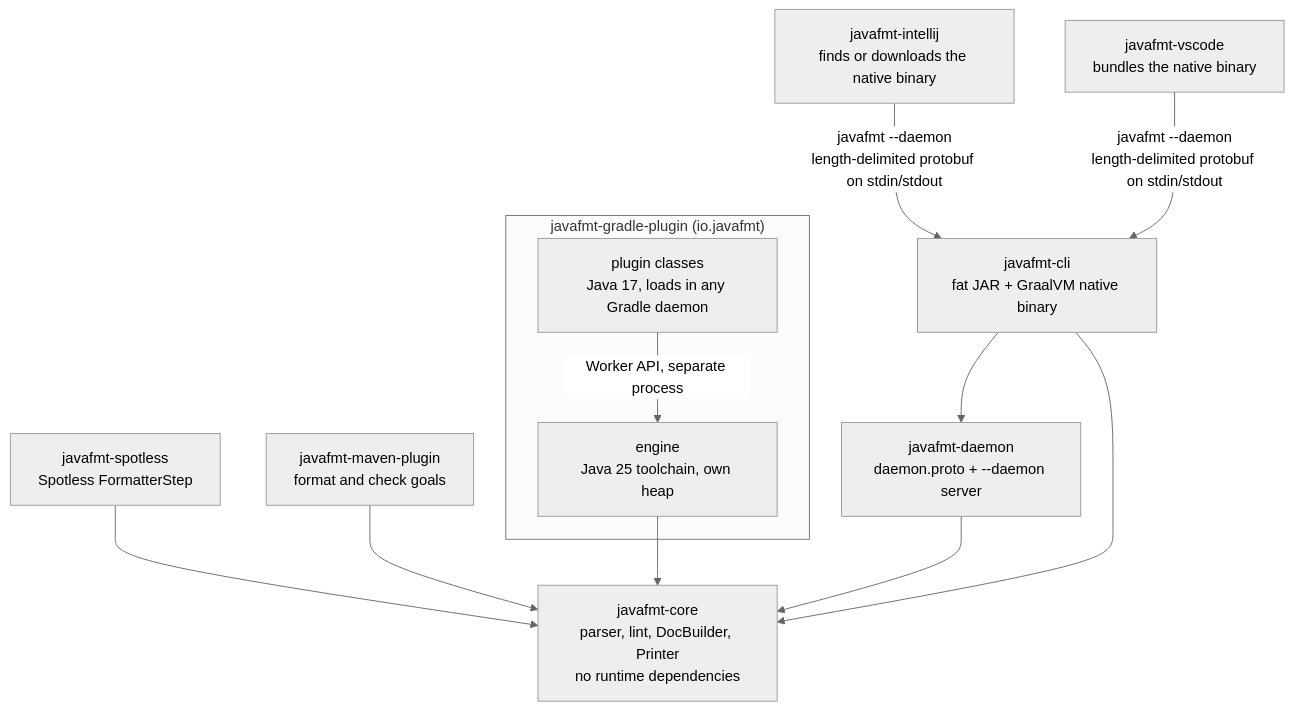
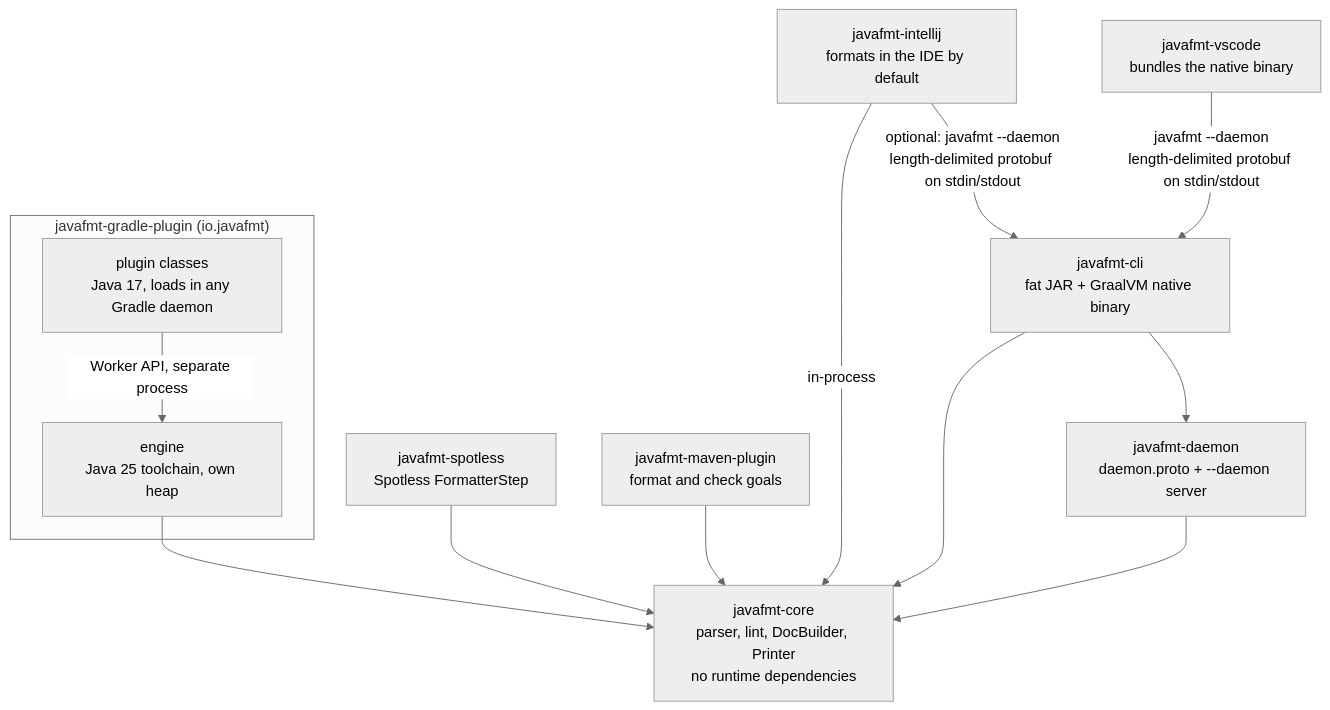
The second of 2 diagrams in ARCHITECTURE.md (javafmt-io/javafmt), drawn with Mermaid (neutral theme) before and after one commit. The commit also changed 16 other files, not shown here.

Commit message:
feat: format inside IntelliJ by default, with the native binary as a setting

````diff
--- a/ARCHITECTURE.md
+++ b/ARCHITECTURE.md
@@ -22,19 +22,20 @@
 ```mermaid
 flowchart TB
     core["javafmt-core<br/>parser, lint, DocBuilder, Printer<br/>no runtime dependencies"]
 
     spotless["javafmt-spotless<br/>Spotless FormatterStep"] --> core
     maven["javafmt-maven-plugin<br/>format and check goals"] --> core
 
     subgraph gradle["javafmt-gradle-plugin (io.javafmt)"]
         plugin["plugin classes<br/>Java 17, loads in any Gradle daemon"] -- "Worker API, separate process" --> engine["engine<br/>Java 25 toolchain, own heap"]
     end
     engine --> core
 
     daemon["javafmt-daemon<br/>daemon.proto + --daemon server"] --> core
     cli["javafmt-cli<br/>fat JAR + GraalVM native binary"] --> core
     cli --> daemon
 
-    intellij["javafmt-intellij<br/>finds or downloads the native binary"] -- "javafmt --daemon<br/>length-delimited protobuf on stdin/stdout" --> cli
+    intellij["javafmt-intellij<br/>formats in the IDE by default"] -- "in-process" --> core
+    intellij -- "optional: javafmt --daemon<br/>length-delimited protobuf on stdin/stdout" --> cli
     vscode["javafmt-vscode<br/>bundles the native binary"] -- "javafmt --daemon<br/>length-delimited protobuf on stdin/stdout" --> cli
 ```
````
